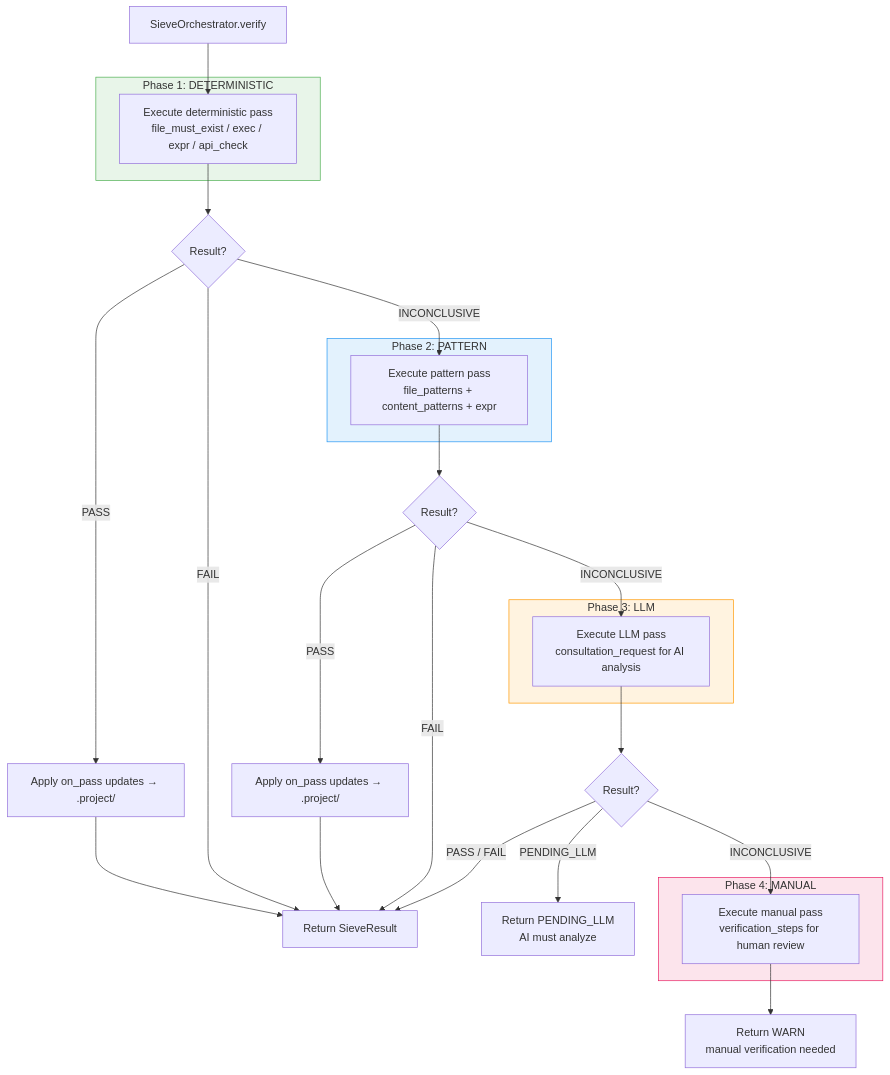
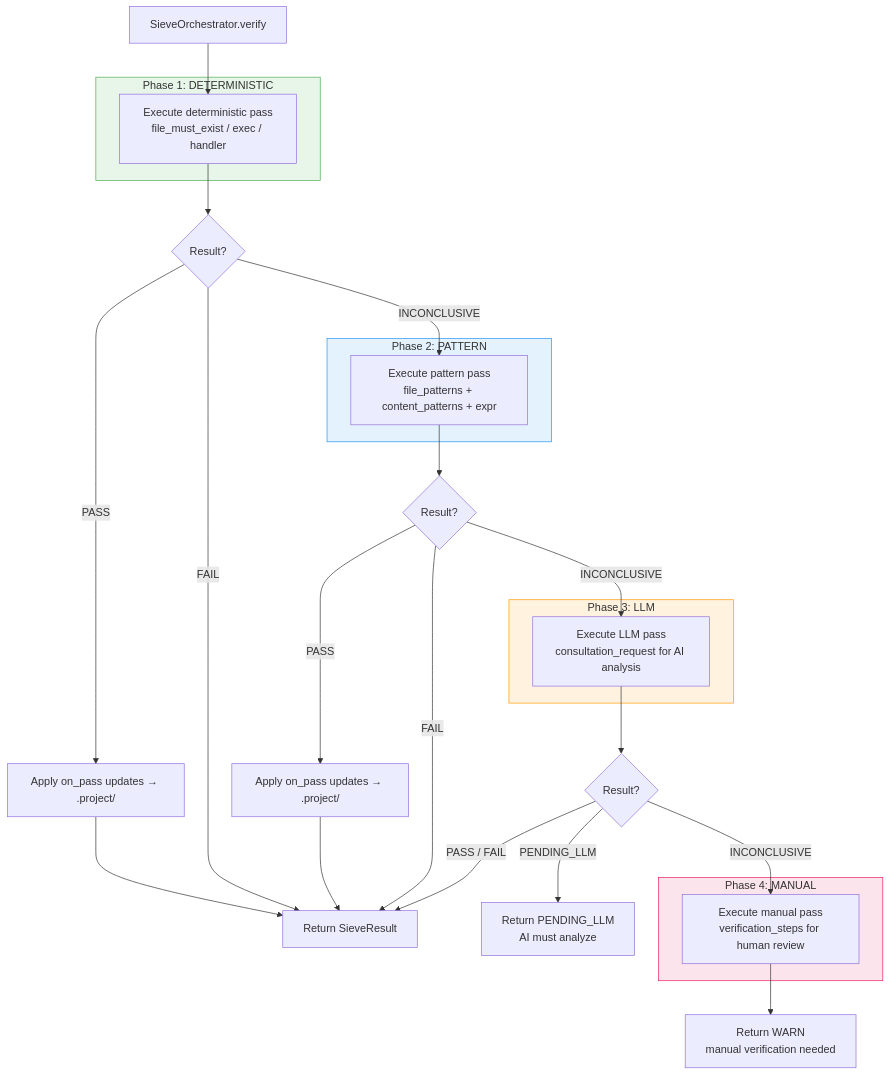
Before and after one commit to darnitdevorg/darnit: the third of 6 diagrams in docs/WORKFLOW.md, drawn with Mermaid. The commit also changed 8 other files, not shown here.

````diff
--- a/docs/WORKFLOW.md
+++ b/docs/WORKFLOW.md
@@ -82,44 +82,44 @@
 ```mermaid
 flowchart TD
     Start[SieveOrchestrator.verify] --> D
 
     subgraph Phase1["Phase 1: DETERMINISTIC"]
-        D[Execute deterministic pass<br/>file_must_exist / exec / expr / api_check]
+        D[Execute deterministic pass<br/>file_must_exist / exec / handler]
     end
 
     D --> D_check{Result?}
     D_check -->|PASS| D_pass[Apply on_pass updates → .project/]
     D_pass --> Done[Return SieveResult]
     D_check -->|FAIL| Done
     D_check -->|INCONCLUSIVE| P
 
     subgraph Phase2["Phase 2: PATTERN"]
         P[Execute pattern pass<br/>file_patterns + content_patterns + expr]
     end
 
     P --> P_check{Result?}
     P_check -->|PASS| P_pass[Apply on_pass updates → .project/]
     P_pass --> Done
     P_check -->|FAIL| Done
     P_check -->|INCONCLUSIVE| LLM
 
     subgraph Phase3["Phase 3: LLM"]
         LLM[Execute LLM pass<br/>consultation_request for AI analysis]
     end
 
     LLM --> LLM_check{Result?}
     LLM_check -->|PASS / FAIL| Done
     LLM_check -->|PENDING_LLM| Pending[Return PENDING_LLM<br/>AI must analyze]
     LLM_check -->|INCONCLUSIVE| Manual
 
     subgraph Phase4["Phase 4: MANUAL"]
         Manual[Execute manual pass<br/>verification_steps for human review]
     end
 
     Manual --> Warn[Return WARN<br/>manual verification needed]
 
     style Phase1 fill:#e8f5e9,stroke:#4caf50
     style Phase2 fill:#e3f2fd,stroke:#2196f3
     style Phase3 fill:#fff3e0,stroke:#ff9800
     style Phase4 fill:#fce4ec,stroke:#e91e63
 ```
````
